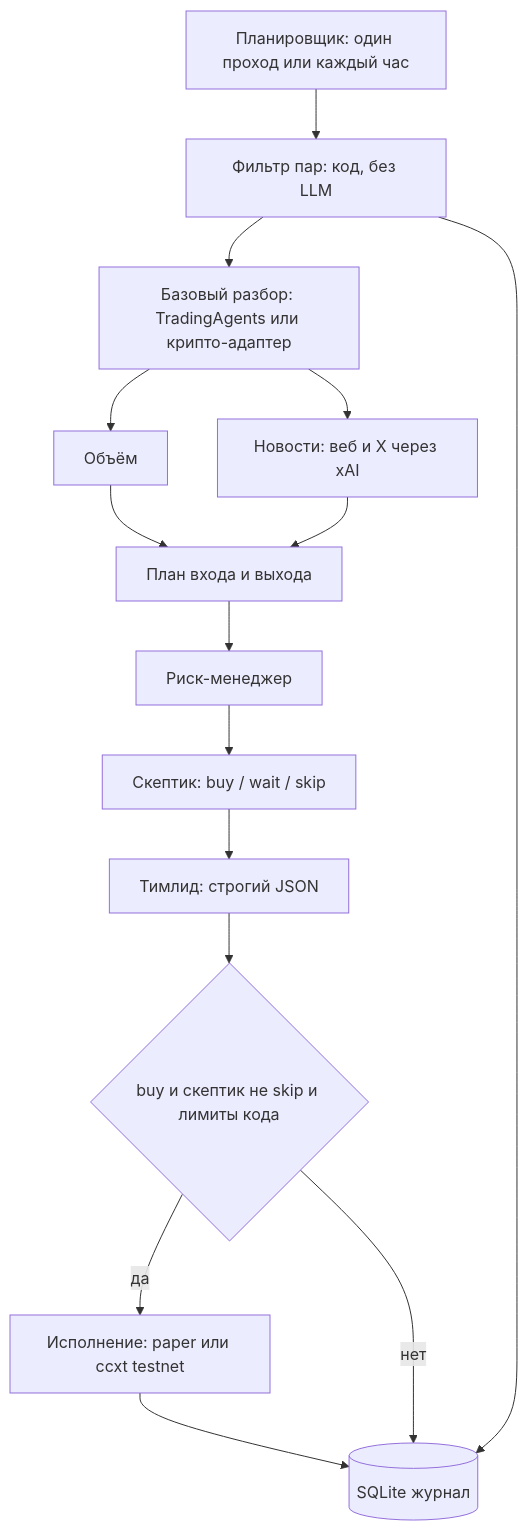
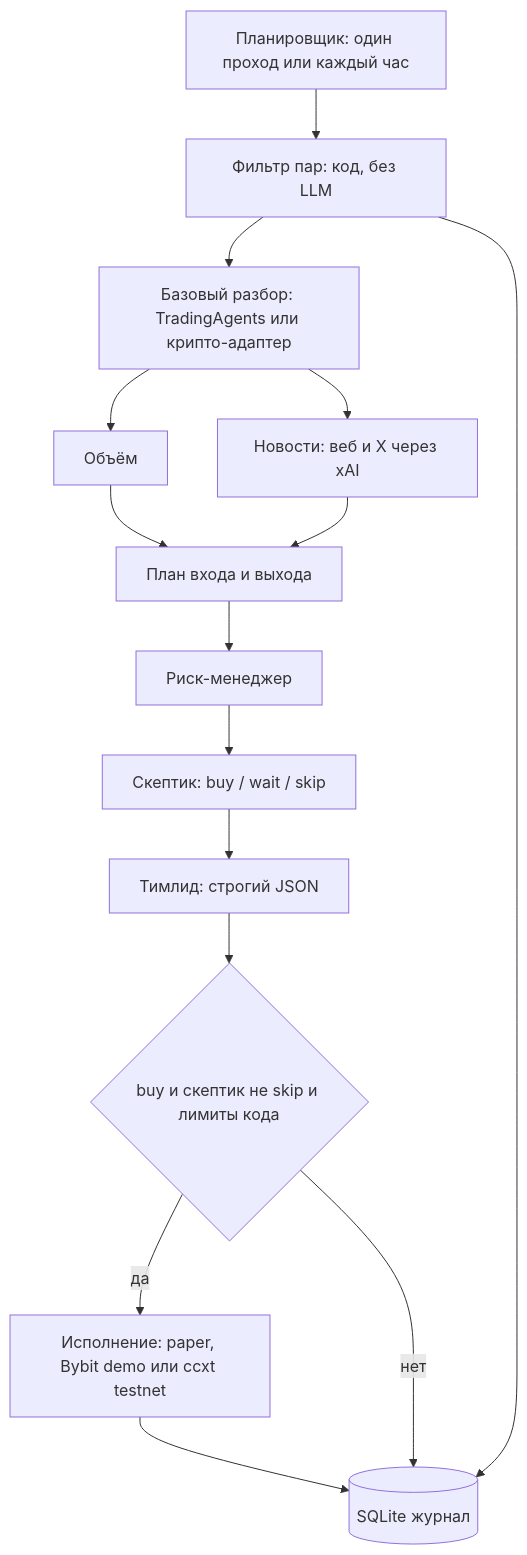
One commit to vovka8q5/dex_bot changed the diagram in README.md. Above: the diagram before and after it, drawn with Mermaid. The commit also changed other lines of this file and 13 other files, not shown here.

First line of the commit message:
Add Bybit Demo Trading next to testnet.

````diff
--- a/README.md
+++ b/README.md
@@ -11,25 +11,25 @@
 ```mermaid
 flowchart TD
   sched[Планировщик: один проход или каждый час]
   filt[Фильтр пар: код, без LLM]
   base[Базовый разбор: TradingAgents или крипто-адаптер]
   vol[Объём]
   news[Новости: веб и X через xAI]
   plan[План входа и выхода]
   riskA[Риск-менеджер]
   sk[Скептик: buy / wait / skip]
   lead[Тимлид: строгий JSON]
   gate{buy и скептик не skip и лимиты кода}
-  exec[Исполнение: paper или ccxt testnet]
+  exec[Исполнение: paper, Bybit demo или ccxt testnet]
   journal[(SQLite журнал)]
 
   sched --> filt --> base
   base --> vol
   base --> news
   vol --> plan
   news --> plan
   plan --> riskA --> sk --> lead --> gate
   gate -->|да| exec --> journal
   gate -->|нет| journal
   filt --> journal
 ```
````
